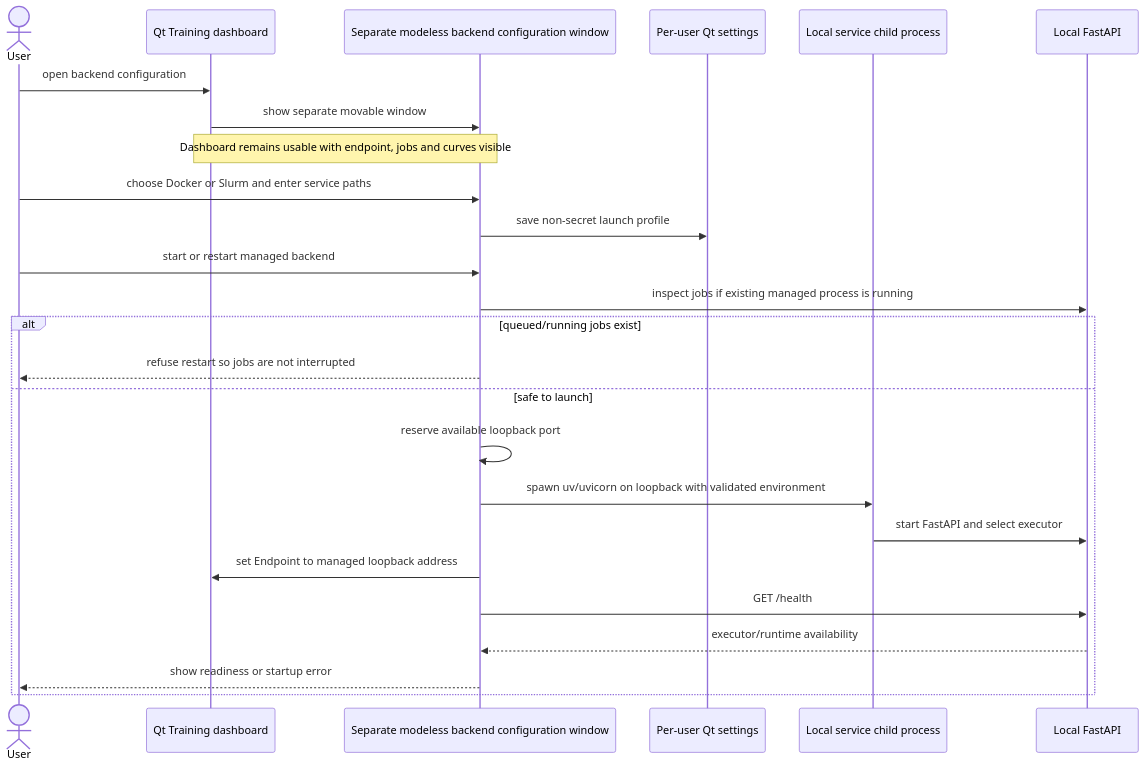
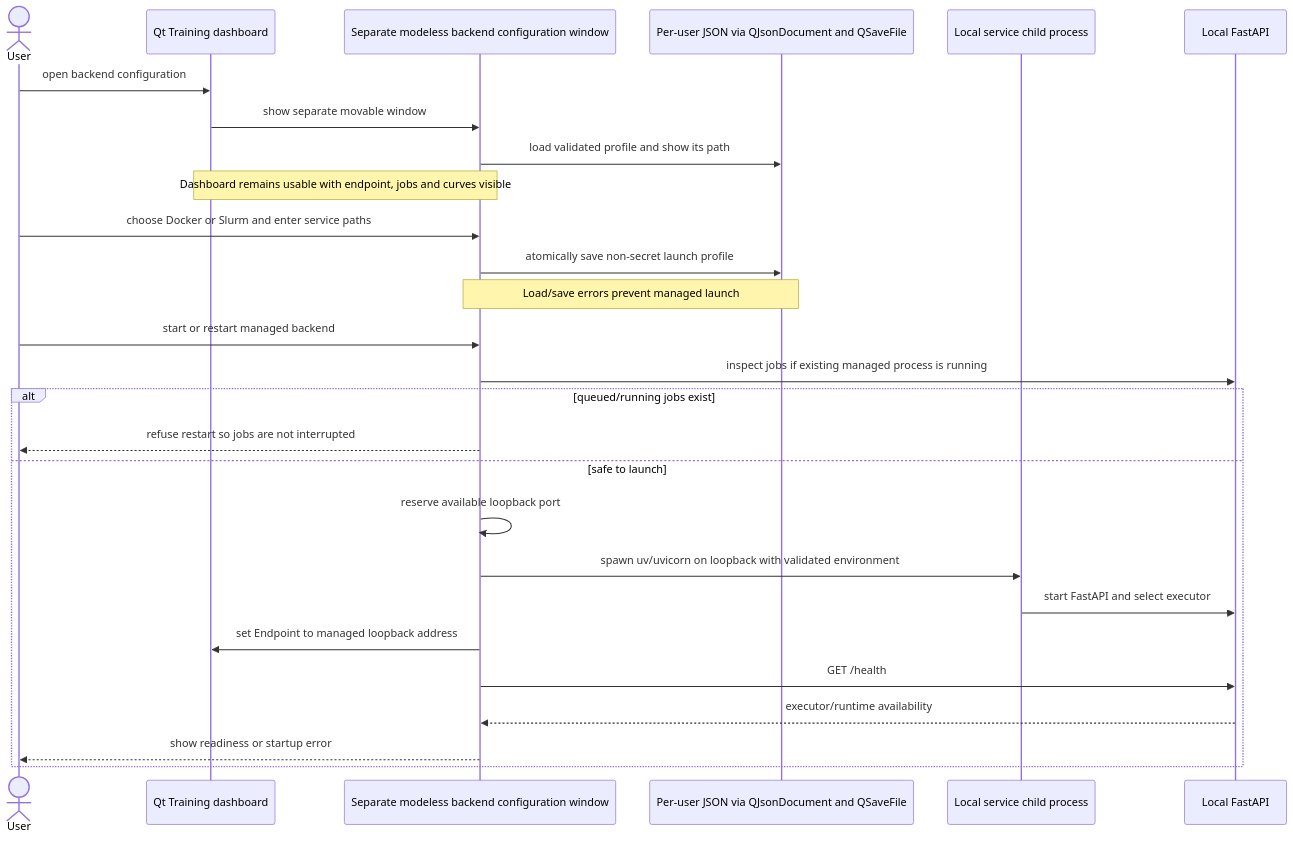
Before and after one commit to LucaSforza/nnmodelling-ui: the second of 6 diagrams in docs/knowledge/uml/sequences/backend-training.md, drawn with Mermaid. The commit also changed 232 other files, not shown here.

Commit message:
feat: use portable JSON configuration and refresh user guide

````diff
--- a/docs/knowledge/uml/sequences/backend-training.md
+++ b/docs/knowledge/uml/sequences/backend-training.md
@@ -51,27 +51,29 @@
 ```mermaid
 sequenceDiagram
     actor User
     participant Dashboard as Qt Training dashboard
     participant Config as Separate modeless backend configuration window
-    participant Settings as Per-user Qt settings
+    participant Settings as Per-user JSON via QJsonDocument and QSaveFile
     participant Process as Local service child process
     participant API as Local FastAPI
     User->>Dashboard: open backend configuration
     Dashboard->>Config: show separate movable window
+    Config->>Settings: load validated profile and show its path
     Note over Dashboard,Config: Dashboard remains usable with endpoint, jobs and curves visible
     User->>Config: choose Docker or Slurm and enter service paths
-    Config->>Settings: save non-secret launch profile
+    Config->>Settings: atomically save non-secret launch profile
+    Note over Config,Settings: Load/save errors prevent managed launch
     User->>Config: start or restart managed backend
     Config->>API: inspect jobs if existing managed process is running
     alt queued/running jobs exist
         Config-->>User: refuse restart so jobs are not interrupted
     else safe to launch
         Config->>Config: reserve available loopback port
         Config->>Process: spawn uv/uvicorn on loopback with validated environment
         Process->>API: start FastAPI and select executor
         Config->>Dashboard: set Endpoint to managed loopback address
         Config->>API: GET /health
         API-->>Config: executor/runtime availability
         Config-->>User: show readiness or startup error
     end
 ```
````
